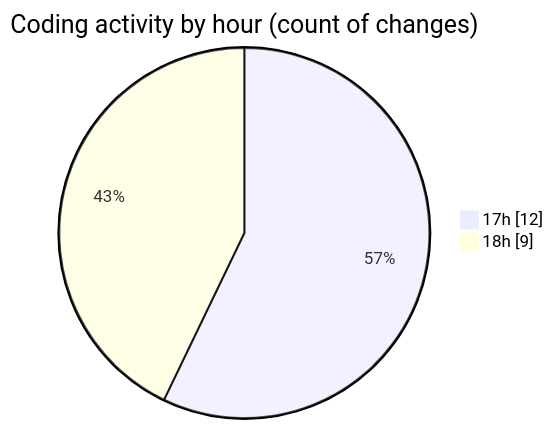
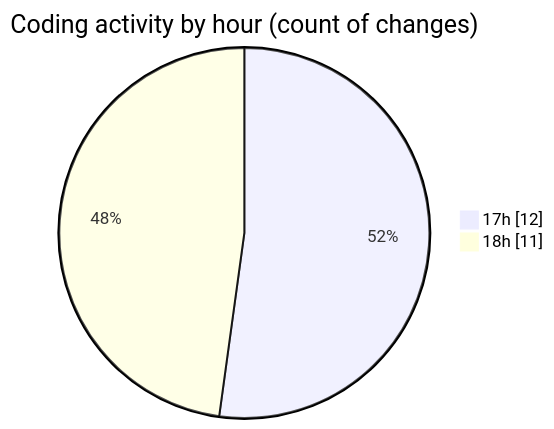
One commit to donsfak/code-tracking changed the second of 2 diagrams in 2025-02-16/uber_clone/README.md. Above: the diagram before and after it, drawn with Mermaid. The commit also changed other lines of this file and 1 other file, not shown here.

````diff
--- a/2025-02-16/uber_clone/README.md
+++ b/2025-02-16/uber_clone/README.md
@@ -39,6 +39,6 @@
 ```mermaid
 pie showData
 title Coding activity by hour (count of changes)
 "17h" : 12
-"18h" : 9
+"18h" : 11
 ```
````
